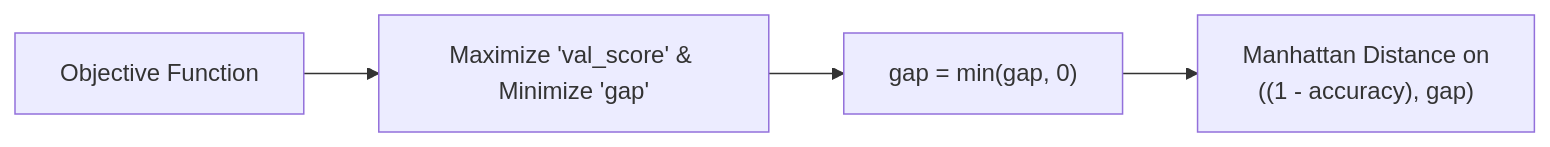
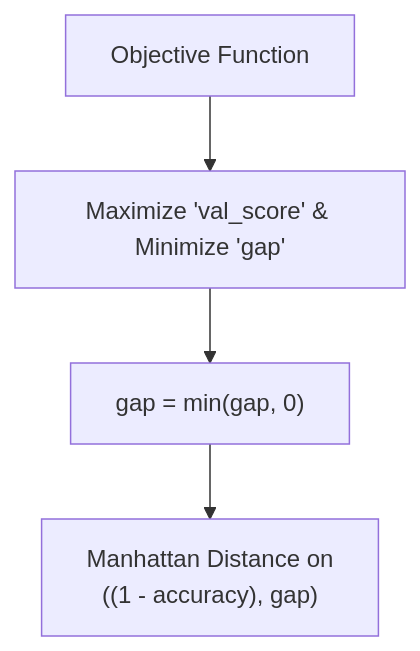
The third of 3 diagrams in README.md (AlexDaPiggie/Titanic_Survival_Prediction), drawn with Mermaid before and after one commit. The commit also changed other lines of this file, not shown here.

````diff
--- a/README.md
+++ b/README.md
@@ -158,9 +158,9 @@
 ```mermaid
-flowchart LR 
+flowchart TD 
     obj["Objective Function"]
     direction["Maximize 'val_score' & Minimize 'gap'"]
     floor["gap = min(gap, 0)"]
     distance["Manhattan Distance on <br/> ((1 - accuracy), gap)"]
 
     obj --> direction --> floor --> distance
 ```
````
